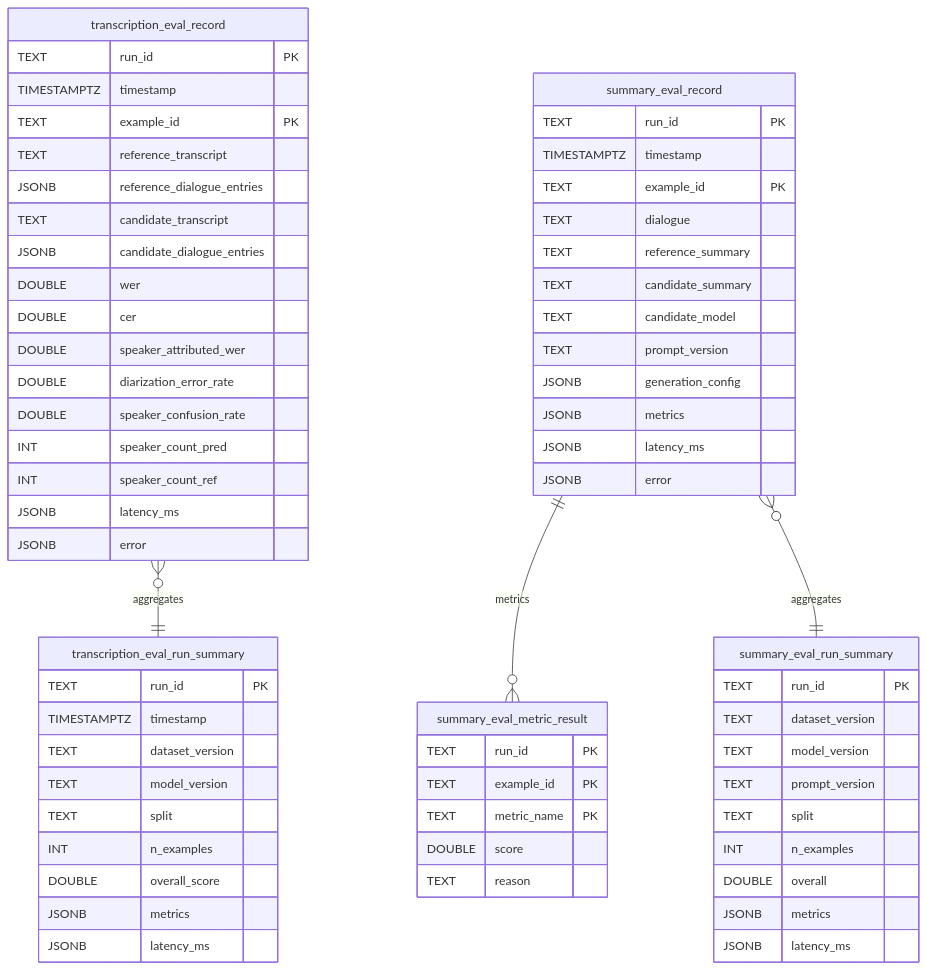
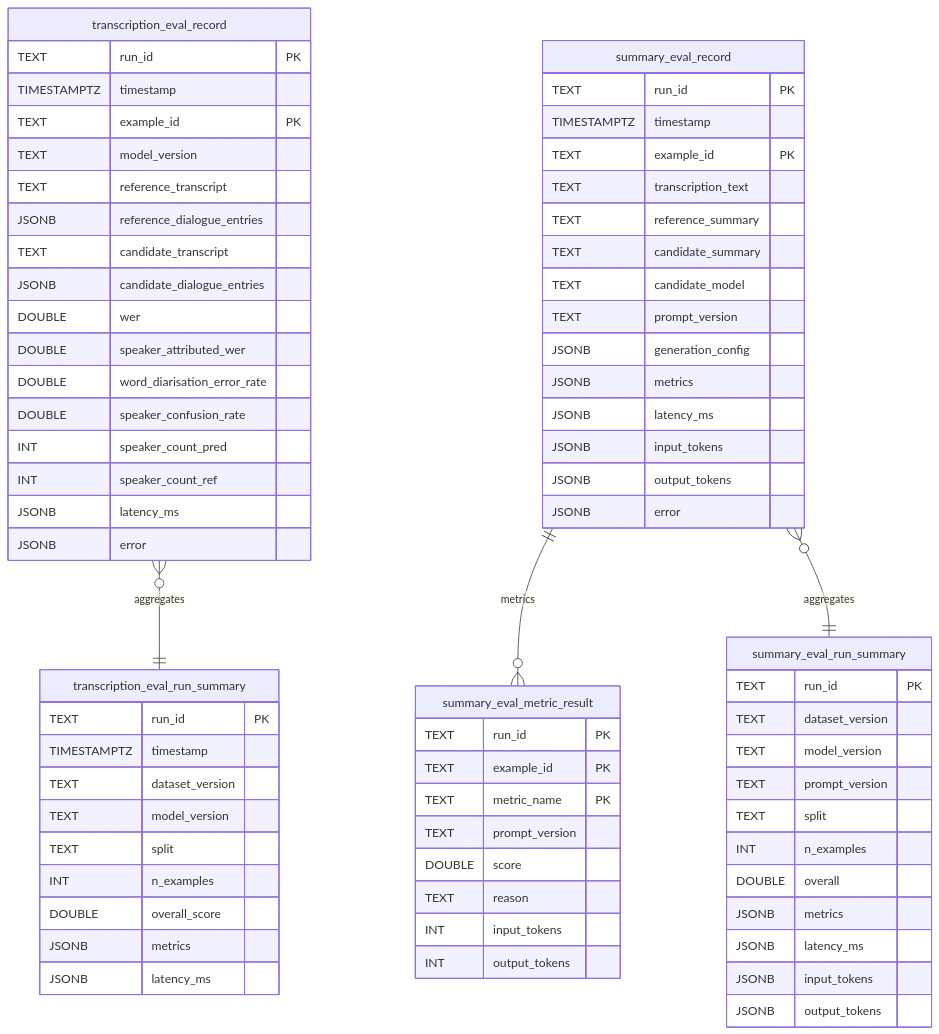
One commit to communitiesuk/i-ai-minute changed the second of 2 diagrams in documentation/data-contracts.md. Above: the diagram before and after it, drawn with Mermaid. The commit also changed other lines of this file, not shown here.

````diff
--- a/documentation/data-contracts.md
+++ b/documentation/data-contracts.md
@@ -112,74 +121,81 @@
 ```mermaid
 erDiagram
 
   transcription_eval_record {
     TEXT run_id PK
     TIMESTAMPTZ timestamp
     TEXT example_id PK
+    TEXT model_version
     TEXT reference_transcript
     JSONB reference_dialogue_entries
     TEXT candidate_transcript
     JSONB candidate_dialogue_entries
     DOUBLE wer
-    DOUBLE cer
     DOUBLE speaker_attributed_wer
-    DOUBLE diarization_error_rate
+    DOUBLE word_diarisation_error_rate
     DOUBLE speaker_confusion_rate
     INT speaker_count_pred
     INT speaker_count_ref
     JSONB latency_ms
     JSONB error
   }
 
   transcription_eval_run_summary {
     TEXT run_id PK
     TIMESTAMPTZ timestamp
     TEXT dataset_version
     TEXT model_version
     TEXT split
     INT n_examples
     DOUBLE overall_score
     JSONB metrics
     JSONB latency_ms
   }
 
   summary_eval_record {
     TEXT run_id PK
     TIMESTAMPTZ timestamp
     TEXT example_id PK
-    TEXT dialogue
+    TEXT transcription_text
     TEXT reference_summary
     TEXT candidate_summary
     TEXT candidate_model
     TEXT prompt_version
     JSONB generation_config
     JSONB metrics
     JSONB latency_ms
+    JSONB input_tokens
+    JSONB output_tokens
     JSONB error
   }
 
   summary_eval_metric_result {
     TEXT run_id PK
     TEXT example_id PK
     TEXT metric_name PK
+    TEXT prompt_version
     DOUBLE score
     TEXT reason
+    INT input_tokens
+    INT output_tokens
   }
 
   summary_eval_run_summary {
     TEXT run_id PK
     TEXT dataset_version
     TEXT model_version
     TEXT prompt_version
     TEXT split
     INT n_examples
     DOUBLE overall
     JSONB metrics
     JSONB latency_ms
+    JSONB input_tokens
+    JSONB output_tokens
   }
 
   transcription_eval_record }o--|| transcription_eval_run_summary : aggregates
 
   summary_eval_record ||--o{ summary_eval_metric_result : metrics
   summary_eval_record }o--|| summary_eval_run_summary : aggregates
 ```
````
